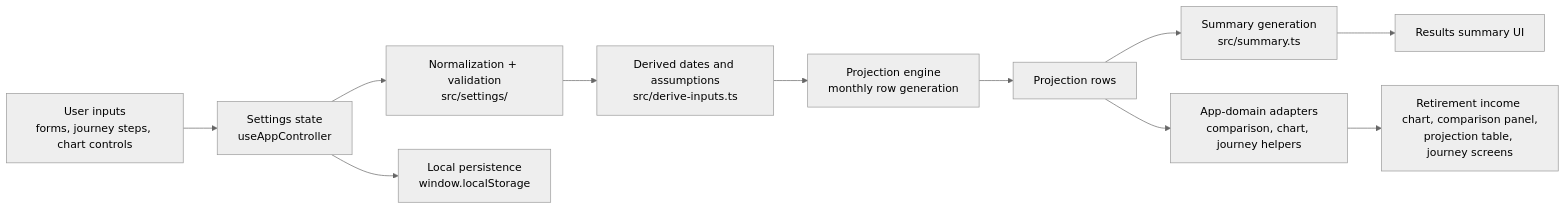
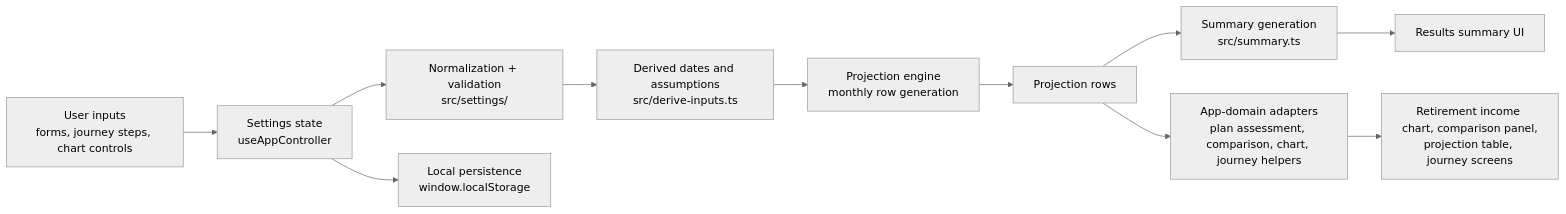
Before and after one commit to r0w4n/cs-pension-modeller: the second of 2 diagrams in README.md, drawn with Mermaid (neutral theme). The commit also changed other lines of this file and 17 other files, not shown here.

````diff
--- a/README.md
+++ b/README.md
@@ -243,13 +244,13 @@
 ```mermaid
 flowchart LR
     A["User inputs<br/>forms, journey steps, chart controls"] --> B["Settings state<br/>useAppController"]
     B --> C["Normalization + validation<br/>src/settings/"]
     C --> D["Derived dates and assumptions<br/>src/derive-inputs.ts"]
     D --> E["Projection engine<br/>monthly row generation"]
     E --> F["Projection rows"]
     F --> G["Summary generation<br/>src/summary.ts"]
-    F --> H["App-domain adapters<br/>comparison, chart, journey helpers"]
+    F --> H["App-domain adapters<br/>plan assessment, comparison, chart, journey helpers"]
     G --> I["Results summary UI"]
     H --> J["Retirement income chart, comparison panel,<br/>projection table, journey screens"]
     B --> K["Local persistence<br/>window.localStorage"]
 ```
````
